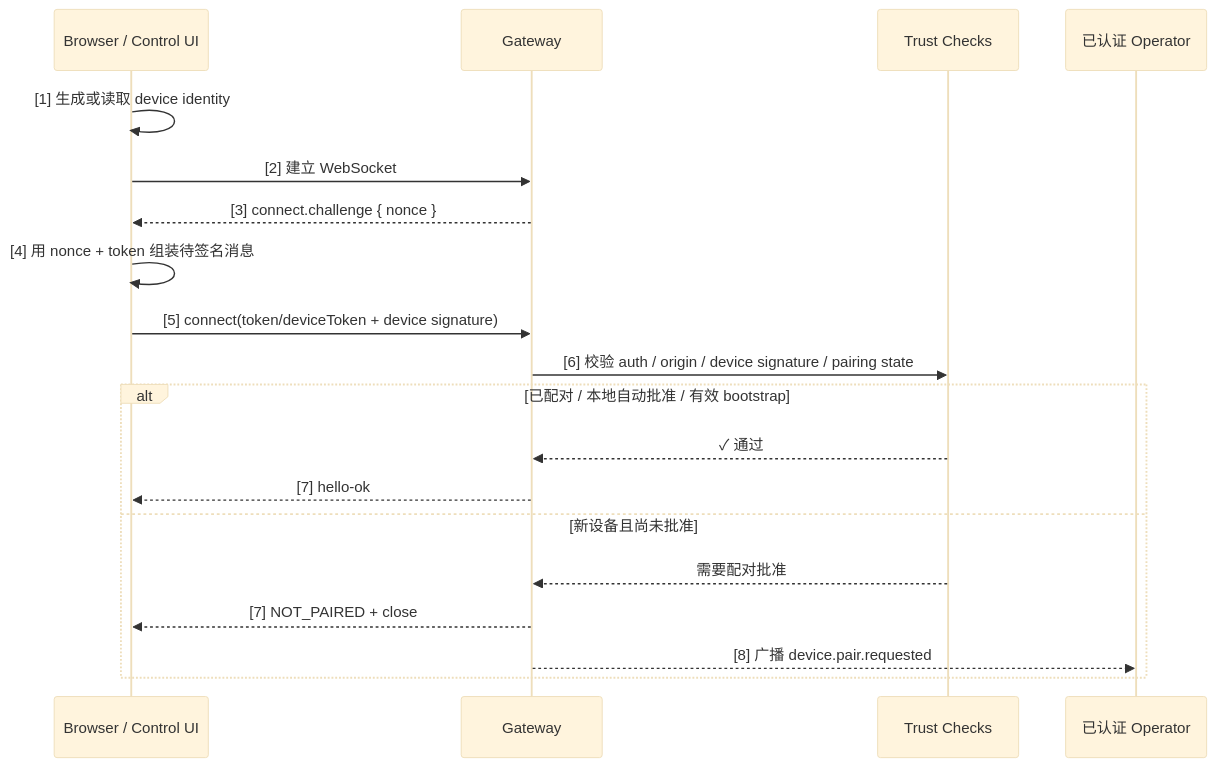
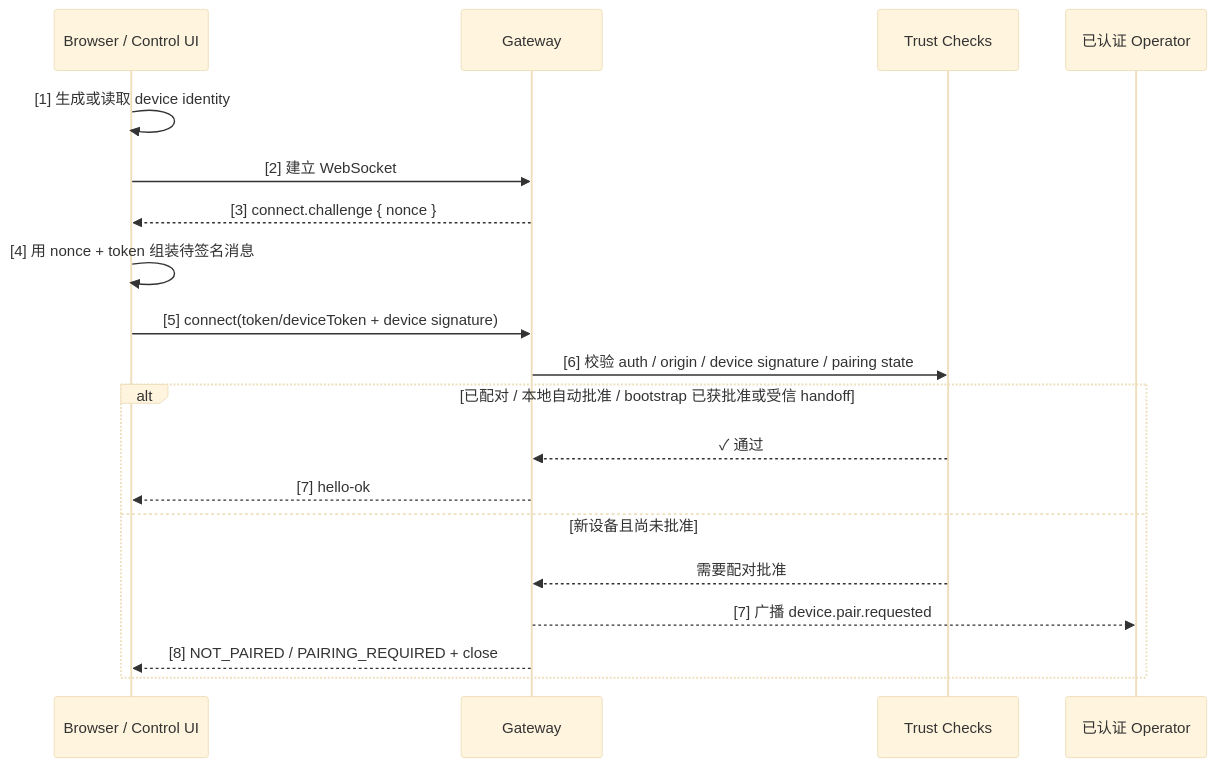
The diagram in 09_gateway_protocol/9.5_pairing_trust.md (yeasy/openclaw_guide), drawn with Mermaid (base theme) before and after one commit. The commit also changed 53 other files, not shown here.

````diff
--- a/09_gateway_protocol/9.5_pairing_trust.md
+++ b/09_gateway_protocol/9.5_pairing_trust.md
@@ -33,22 +33,22 @@
 ```mermaid
 sequenceDiagram
     participant UI as Browser / Control UI
     participant Gateway as Gateway
     participant Trust as Trust Checks
     participant Operator as 已认证 Operator
 
     UI->>UI: [1] 生成或读取 device identity
     UI->>Gateway: [2] 建立 WebSocket
     Gateway-->>UI: [3] connect.challenge { nonce }
     UI->>UI: [4] 用 nonce + token 组装待签名消息
     UI->>Gateway: [5] connect(token/deviceToken + device signature)
     Gateway->>Trust: [6] 校验 auth / origin / device signature / pairing state
-    alt 已配对 / 本地自动批准 / 有效 bootstrap
+    alt 已配对 / 本地自动批准 / bootstrap 已获批准或受信 handoff
       Trust-->>Gateway: ✓ 通过
       Gateway-->>UI: [7] hello-ok
     else 新设备且尚未批准
       Trust-->>Gateway: 需要配对批准
-      Gateway-->>UI: [7] NOT_PAIRED + close
-      Gateway-->>Operator: [8] 广播 device.pair.requested
+      Gateway-->>Operator: [7] 广播 device.pair.requested
+      Gateway-->>UI: [8] NOT_PAIRED / PAIRING_REQUIRED + close
     end
 ```
````
